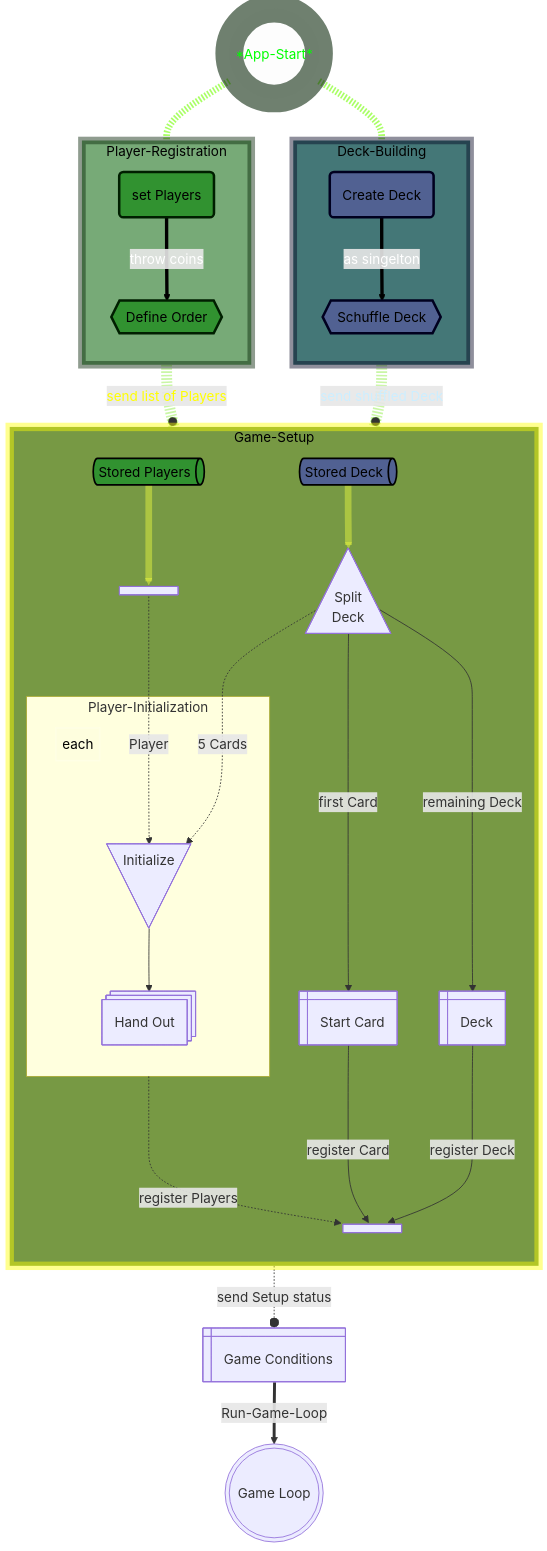
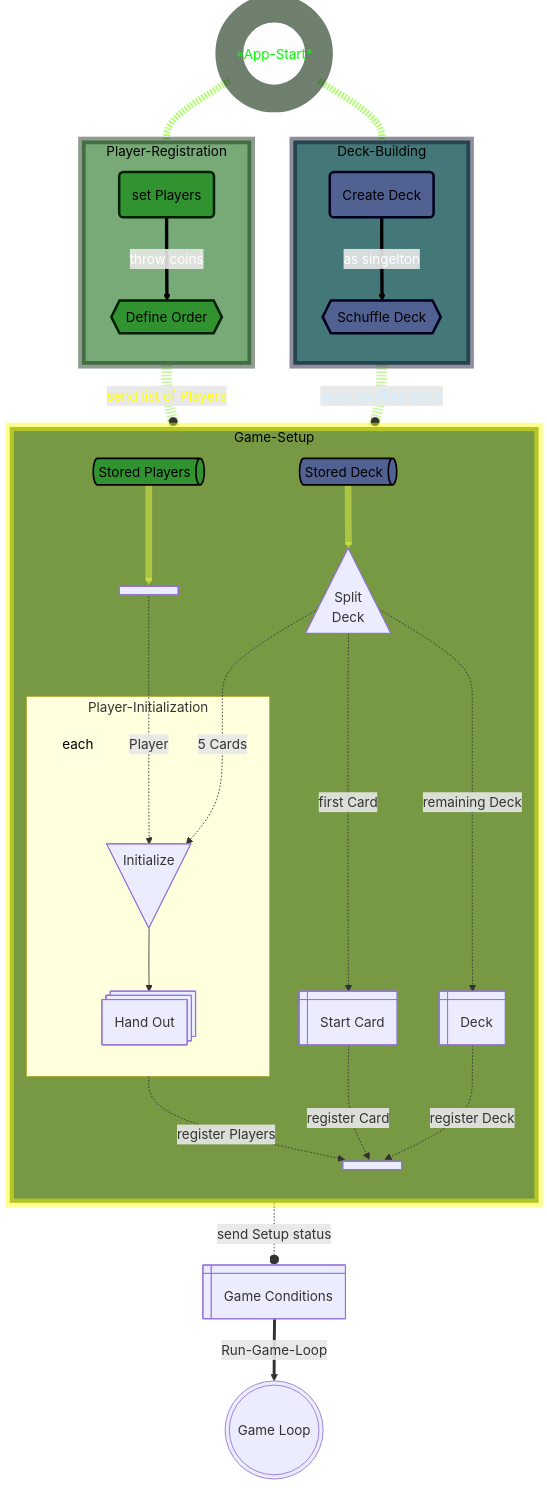
One commit to IxI-Enki/PoseUebung-016 changed the diagram in README.md. Above: the diagram before and after it, drawn with Mermaid.

```diff
--- a/README.md
+++ b/README.md
@@ -83,18 +83,18 @@
         subgraph Player-Initialization
           note[ each ]@{shape: text} ~~~ e
             style note color:#000, fill:#d7d9d409, stroke:#ffffff30, stroke-width:2px;
+          e --> hndPlyr
         
-          e --> hndPlyr
           %%  linkStyle 6,7 stroke:#e0f0407f, stroke-width:8px;
         end
 
-      Player-Initialization -..-> | register Players | init
+      Player-Initialization -.-> | register Players | init
       %%  linkStyle 6,7 stroke:#e0f0407f, stroke-width:8px;
       
-      id    ---> | first Card     | rvCrd
-      rvCrd ---> | register Card  | init
-      id    ---> | remaining Deck | d
-      d     ---> | register Deck  | init
+      id    -.-> | first Card     | rvCrd
+      rvCrd -.-> | register Card  | init
+      id    -.-> | remaining Deck | d
+      d     -.-> | register Deck  | init
       %%  linkStyle 6,7 stroke:#e0f0407f, stroke-width:8px;
       
     end
```
